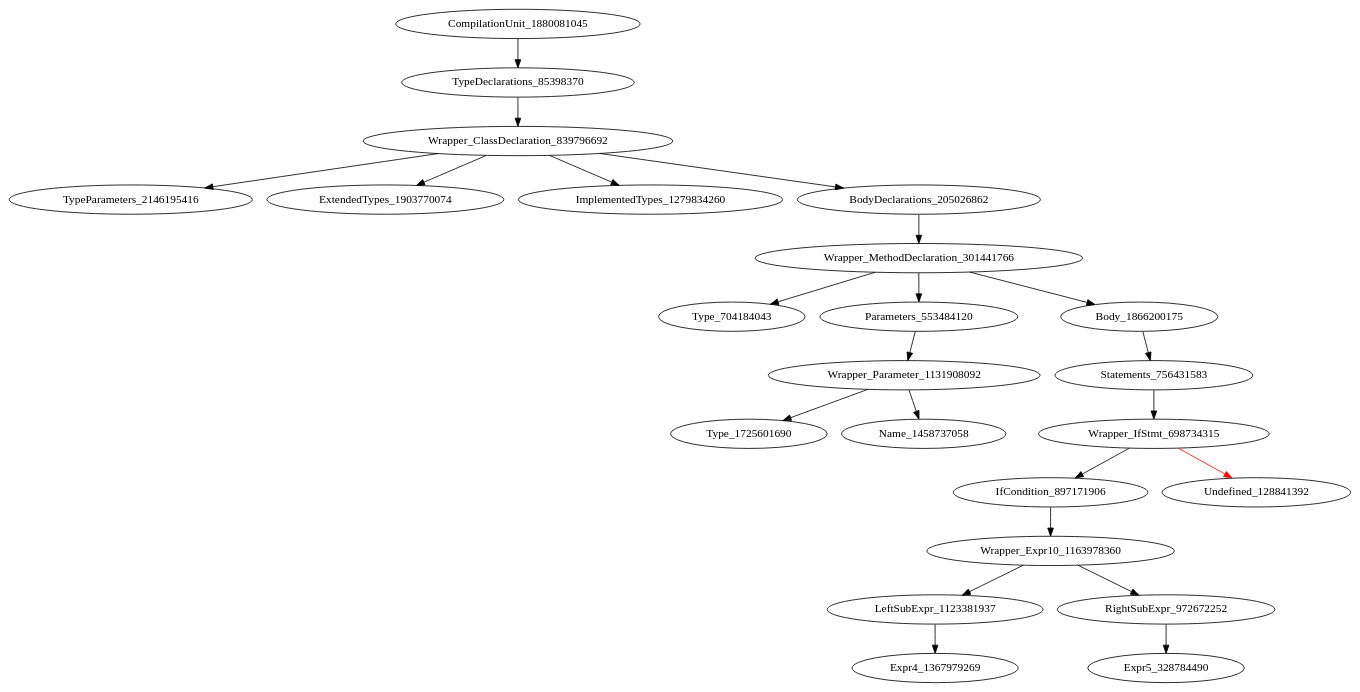
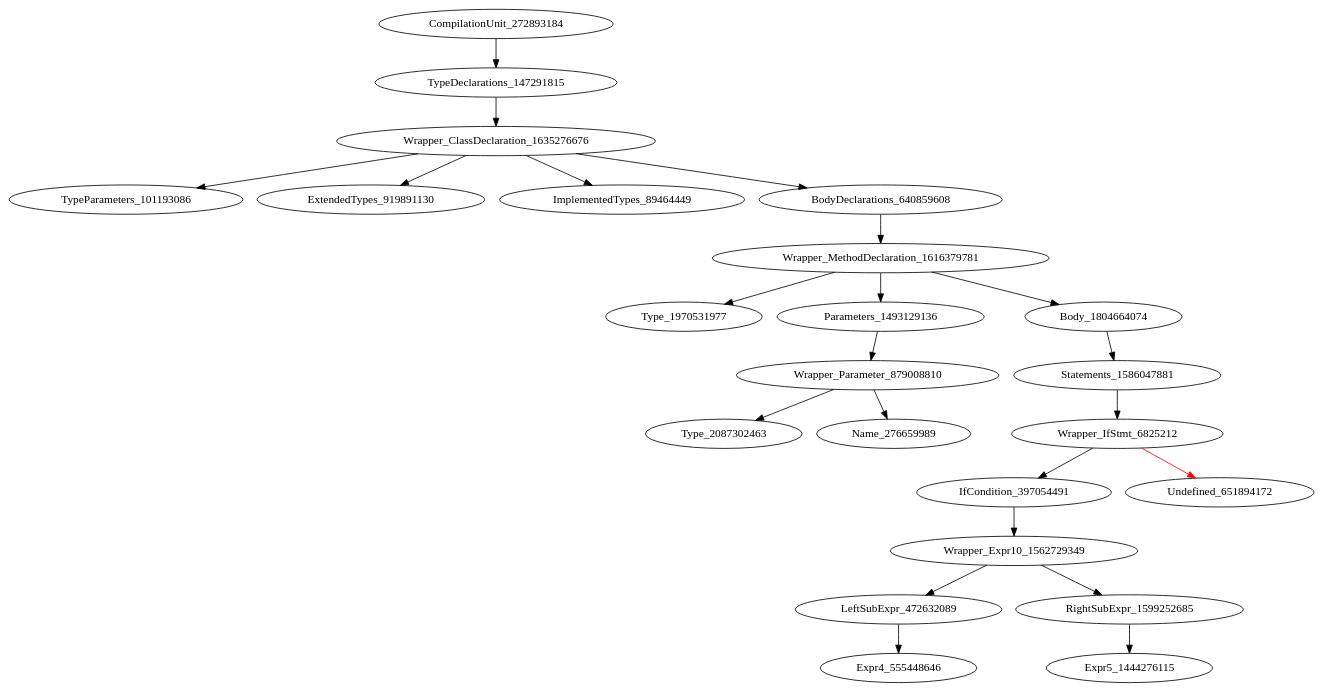
The diagram in holeAST.dot (icse2023material/VoiceJava), drawn with Graphviz before and after one commit. The commit also changed 6 other files, not shown here.

Commit message:
[add] !expr supported in while condition

```diff
--- a/holeAST.dot
+++ b/holeAST.dot
@@ -1,24 +1,24 @@
 digraph {
-CompilationUnit_1880081045 -> TypeDeclarations_85398370
-TypeDeclarations_85398370 -> Wrapper_ClassDeclaration_839796692
-Wrapper_ClassDeclaration_839796692 -> TypeParameters_2146195416
-Wrapper_ClassDeclaration_839796692 -> ExtendedTypes_1903770074
-Wrapper_ClassDeclaration_839796692 -> ImplementedTypes_1279834260
-Wrapper_ClassDeclaration_839796692 -> BodyDeclarations_205026862
-BodyDeclarations_205026862 -> Wrapper_MethodDeclaration_301441766
-Wrapper_MethodDeclaration_301441766 -> Type_704184043
-Wrapper_MethodDeclaration_301441766 -> Parameters_553484120
-Wrapper_MethodDeclaration_301441766 -> Body_1866200175
-Parameters_553484120 -> Wrapper_Parameter_1131908092
-Body_1866200175 -> Statements_756431583
-Wrapper_Parameter_1131908092 -> Type_1725601690
-Wrapper_Parameter_1131908092 -> Name_1458737058
-Statements_756431583 -> Wrapper_IfStmt_698734315
-Wrapper_IfStmt_698734315 -> IfCondition_897171906
-Wrapper_IfStmt_698734315 -> Undefined_128841392 [color = red] 
-IfCondition_897171906 -> Wrapper_Expr10_1163978360
-Wrapper_Expr10_1163978360 -> LeftSubExpr_1123381937
-Wrapper_Expr10_1163978360 -> RightSubExpr_972672252
-LeftSubExpr_1123381937 -> Expr4_1367979269
-RightSubExpr_972672252 -> Expr5_328784490
+CompilationUnit_272893184 -> TypeDeclarations_147291815
+TypeDeclarations_147291815 -> Wrapper_ClassDeclaration_1635276676
+Wrapper_ClassDeclaration_1635276676 -> TypeParameters_101193086
+Wrapper_ClassDeclaration_1635276676 -> ExtendedTypes_919891130
+Wrapper_ClassDeclaration_1635276676 -> ImplementedTypes_89464449
+Wrapper_ClassDeclaration_1635276676 -> BodyDeclarations_640859608
+BodyDeclarations_640859608 -> Wrapper_MethodDeclaration_1616379781
+Wrapper_MethodDeclaration_1616379781 -> Type_1970531977
+Wrapper_MethodDeclaration_1616379781 -> Parameters_1493129136
+Wrapper_MethodDeclaration_1616379781 -> Body_1804664074
+Parameters_1493129136 -> Wrapper_Parameter_879008810
+Body_1804664074 -> Statements_1586047881
+Wrapper_Parameter_879008810 -> Type_2087302463
+Wrapper_Parameter_879008810 -> Name_276659989
+Statements_1586047881 -> Wrapper_IfStmt_6825212
+Wrapper_IfStmt_6825212 -> IfCondition_397054491
+Wrapper_IfStmt_6825212 -> Undefined_651894172 [color = red] 
+IfCondition_397054491 -> Wrapper_Expr10_1562729349
+Wrapper_Expr10_1562729349 -> LeftSubExpr_472632089
+Wrapper_Expr10_1562729349 -> RightSubExpr_1599252685
+LeftSubExpr_472632089 -> Expr4_555448646
+RightSubExpr_1599252685 -> Expr5_1444276115
 }
```
